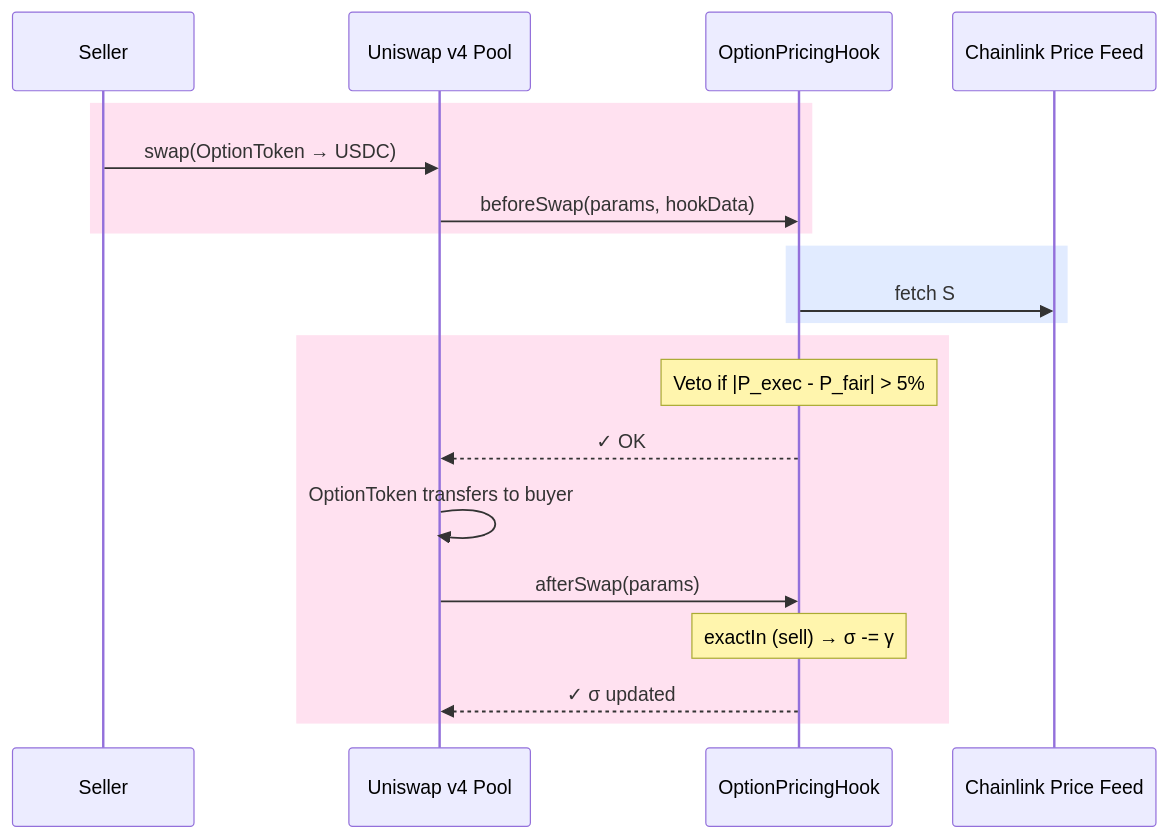
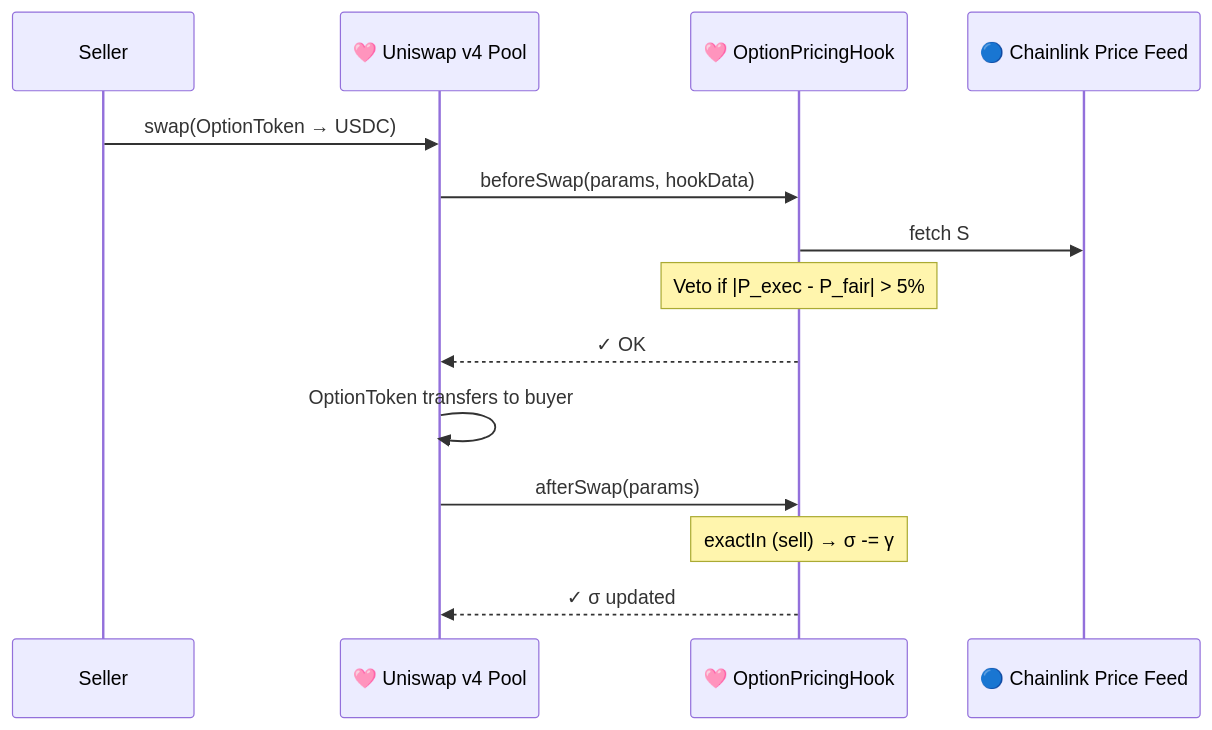
Before and after one commit to oslinin/Smile: the sixth of 7 diagrams in README.md, drawn with Mermaid. The commit also changed other lines of this file and 2 other files, not shown here.

First line of the commit message:
Polish README diagrams and collateralization docs

````diff
--- a/README.md
+++ b/README.md
@@ -235,23 +220,17 @@
 ```mermaid
 sequenceDiagram
     participant Seller
-    participant Pool as Uniswap v4 Pool
-    participant Hook as OptionPricingHook
-    participant Oracle as Chainlink Price Feed
+    participant Pool as 🩷 Uniswap v4 Pool
+    participant Hook as 🩷 OptionPricingHook
+    participant Oracle as 🔵 Chainlink Price Feed
 
-    rect rgb(255, 225, 240)
     Seller->>Pool: swap(OptionToken → USDC)
     Pool->>Hook: beforeSwap(params, hookData)
-    end
-    rect rgb(225, 235, 255)
     Hook->>Oracle: fetch S
-    end
-    rect rgb(255, 225, 240)
     Note over Hook: Veto if |P_exec - P_fair| > 5%
     Hook-->>Pool: ✓ OK
     Pool->>Pool: OptionToken transfers to buyer
     Pool->>Hook: afterSwap(params)
     Note over Hook: exactIn (sell) → σ -= γ
     Hook-->>Pool: ✓ σ updated
-    end
 ```
````
